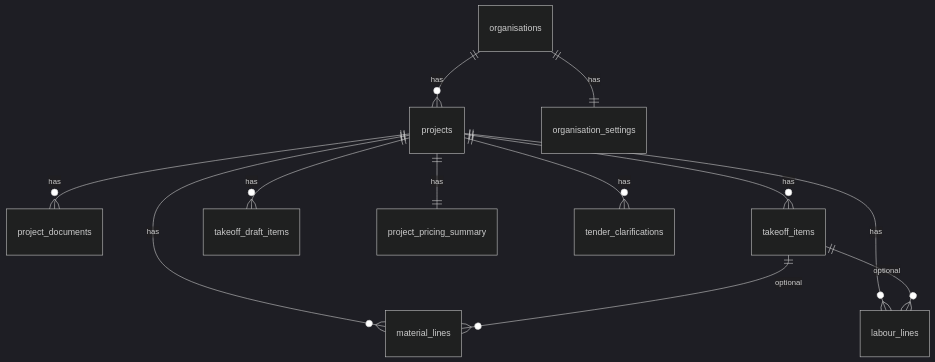
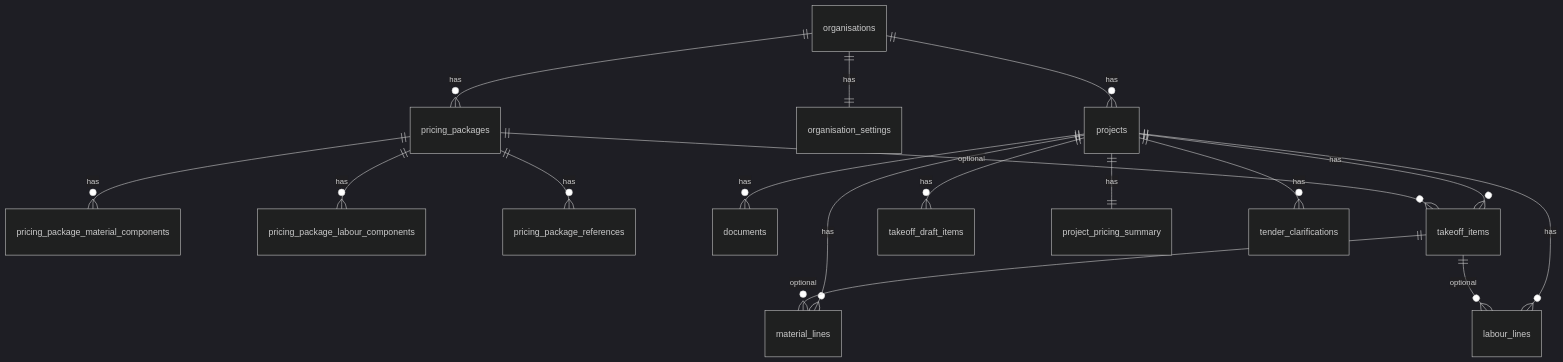
The diagram in docs/database-schema.md (its-quanta/quanta), drawn with Mermaid (dark theme) before and after one commit. The commit also changed other lines of this file and 47 other files, not shown here.

````diff
--- a/docs/database-schema.md
+++ b/docs/database-schema.md
@@ -271,14 +369,19 @@
 ```mermaid
 erDiagram
     organisations ||--o{ projects : has
     organisations ||--|| organisation_settings : has
-    projects ||--o{ project_documents : has
+    organisations ||--o{ pricing_packages : has
+    pricing_packages ||--o{ pricing_package_material_components : has
+    pricing_packages ||--o{ pricing_package_labour_components : has
+    pricing_packages ||--o{ pricing_package_references : has
+    projects ||--o{ documents : has
     projects ||--o{ takeoff_items : has
     projects ||--o{ takeoff_draft_items : has
     projects ||--o{ material_lines : has
     projects ||--o{ labour_lines : has
     projects ||--|| project_pricing_summary : has
     projects ||--o{ tender_clarifications : has
+    pricing_packages ||--o{ takeoff_items : optional
     takeoff_items ||--o{ material_lines : optional
     takeoff_items ||--o{ labour_lines : optional
 ```
````
